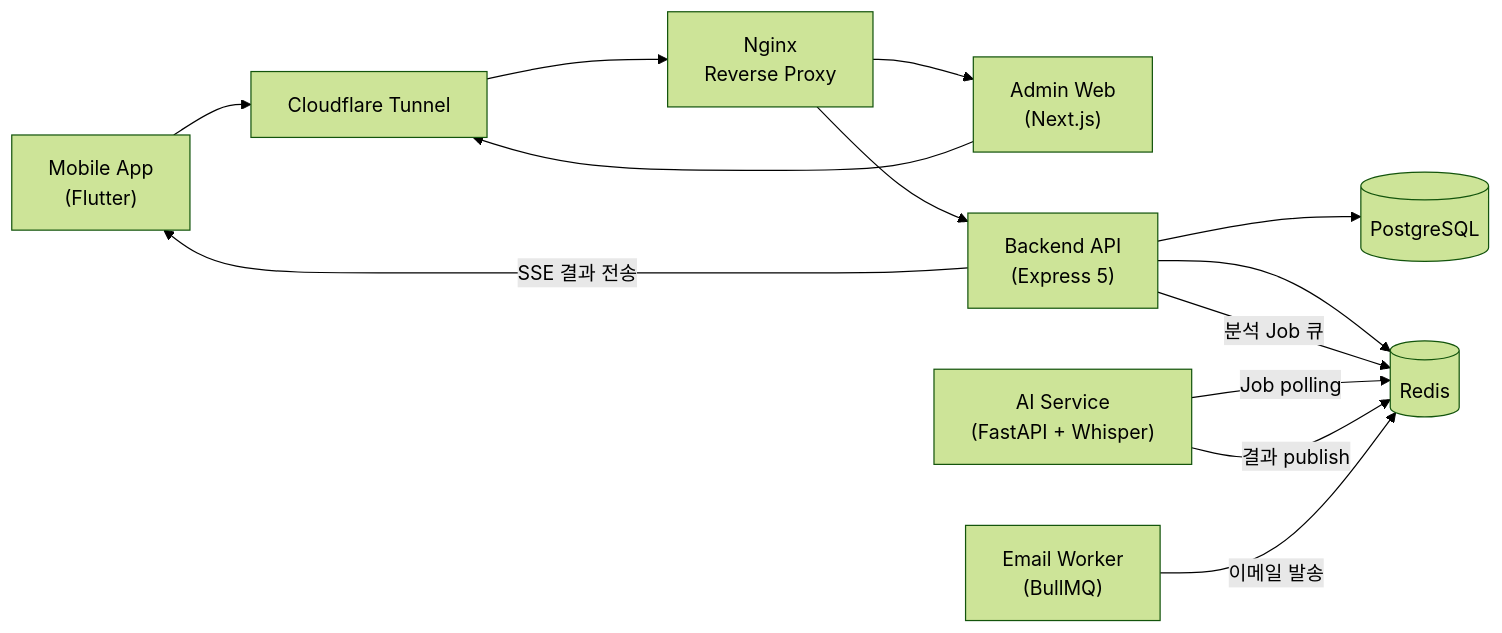
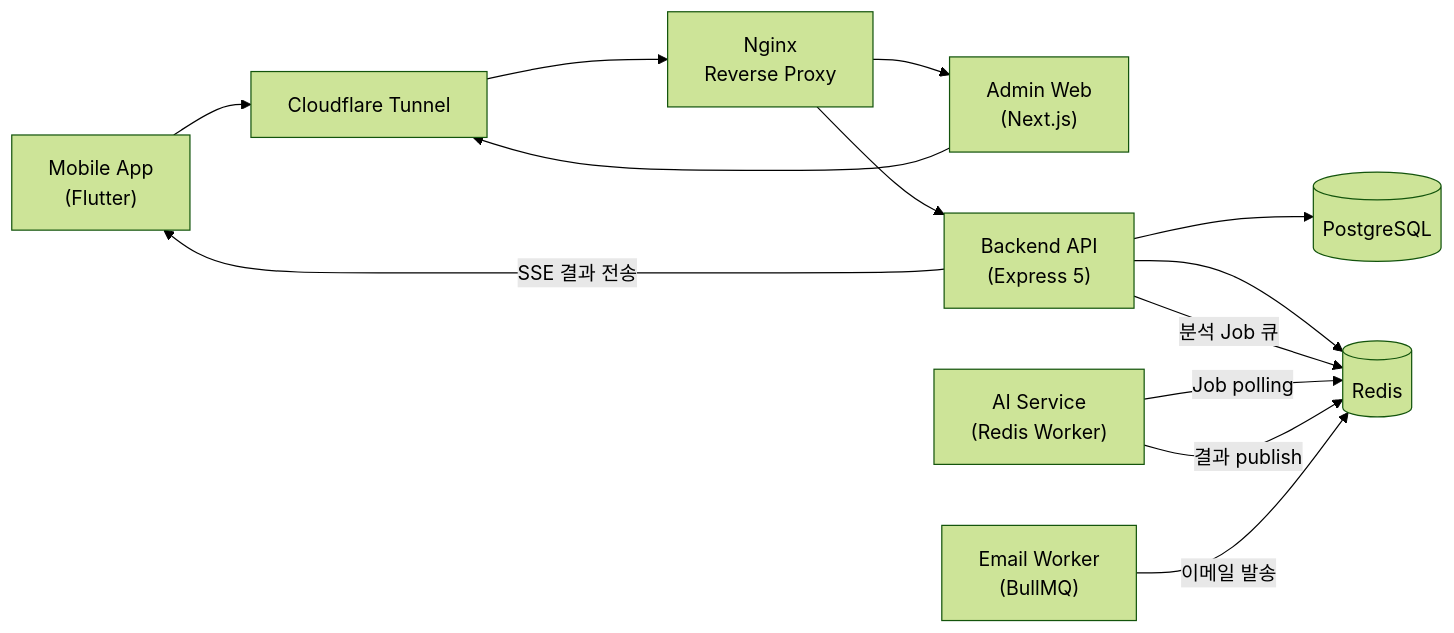
Before and after one commit to xonme888/babble: the first of 6 diagrams in README.md, drawn with Mermaid (forest theme). The commit also changed other lines of this file and 3 other files, not shown here.

````diff
--- a/README.md
+++ b/README.md
@@ -86,25 +86,25 @@
 ```mermaid
 flowchart LR
     Mobile["Mobile App\n(Flutter)"]
     Admin["Admin Web\n(Next.js)"]
     Nginx["Nginx\nReverse Proxy"]
     API["Backend API\n(Express 5)"]
     Worker["Email Worker\n(BullMQ)"]
-    AI["AI Service\n(FastAPI + Whisper)"]
+    AI["AI Service\n(Redis Worker)"]
     PG[(PostgreSQL)]
     Redis[(Redis)]
     CF["Cloudflare Tunnel"]
 
     CF --> Nginx
     Nginx --> API
     Nginx --> Admin
     Mobile --> CF
     Admin --> CF
     API --> PG
     API --> Redis
     API -- "분석 Job 큐" --> Redis
     AI -- "Job polling" --> Redis
     AI -- "결과 publish" --> Redis
     API -- "SSE 결과 전송" --> Mobile
     Worker -- "이메일 발송" --> Redis
 ```
````
